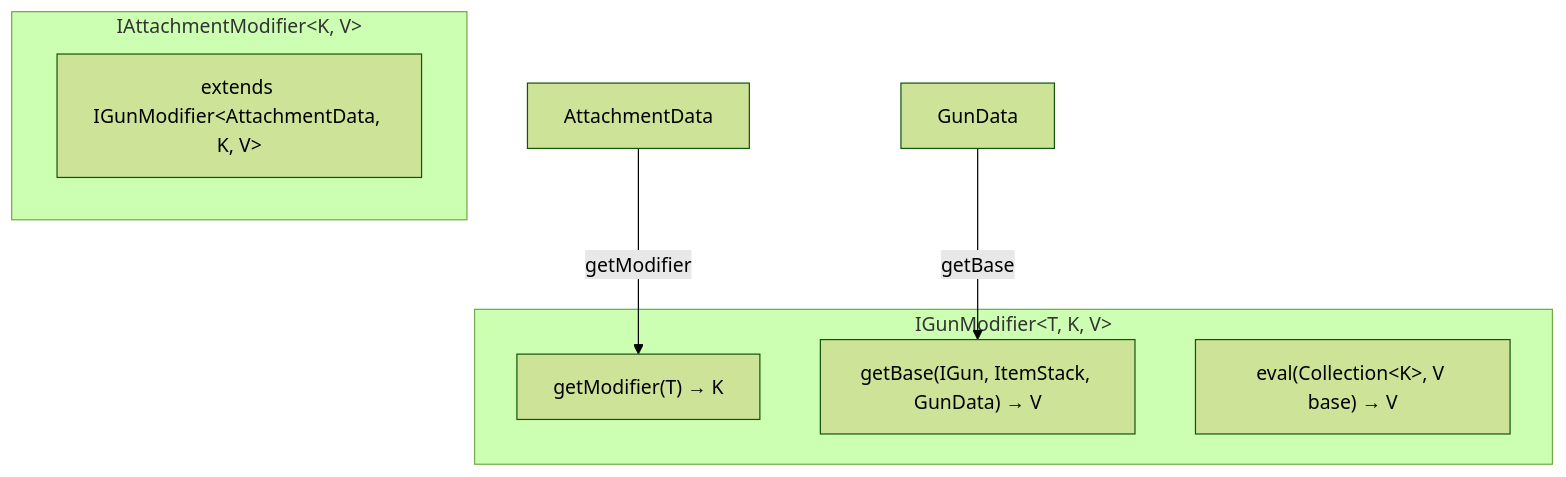
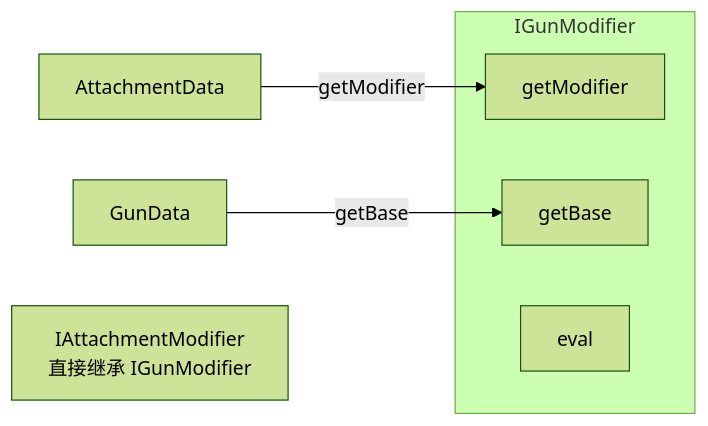
Before and after one commit to XColorful/Custom-Gun-Continued: the third of 6 diagrams in docs/architecture/core/entity/shooter/modifier/design-evolution.md, drawn with Mermaid (forest theme). The commit also changed other lines of this file and 11 other files, not shown here.

````diff
--- a/docs/architecture/core/entity/shooter/modifier/design-evolution.md
+++ b/docs/architecture/core/entity/shooter/modifier/design-evolution.md
@@ -56,15 +43,11 @@
 ```mermaid
-graph TB
-    subgraph "IGunModifier&lt;T, K, V&gt;"
-        GM_B["getModifier(T) → K"]
-        GB["getBase(IGun, ItemStack, GunData) → V"]
-        EV_B["eval(Collection&lt;K&gt;, V base) → V"]
+flowchart LR
+    subgraph "IGunModifier"
+        GM_B["getModifier"]
+        GB["getBase"]
+        EV_B["eval"]
     end
-
-    subgraph "IAttachmentModifier&lt;K, V&gt;"
-        NOTE["extends IGunModifier&lt;AttachmentData, K, V&gt;"]
-    end
-
     GD["GunData"] -->|"getBase"| GB
     AD["AttachmentData"] -->|"getModifier"| GM_B
+    IAM["IAttachmentModifier<br/>直接继承 IGunModifier"]
 ```
````
